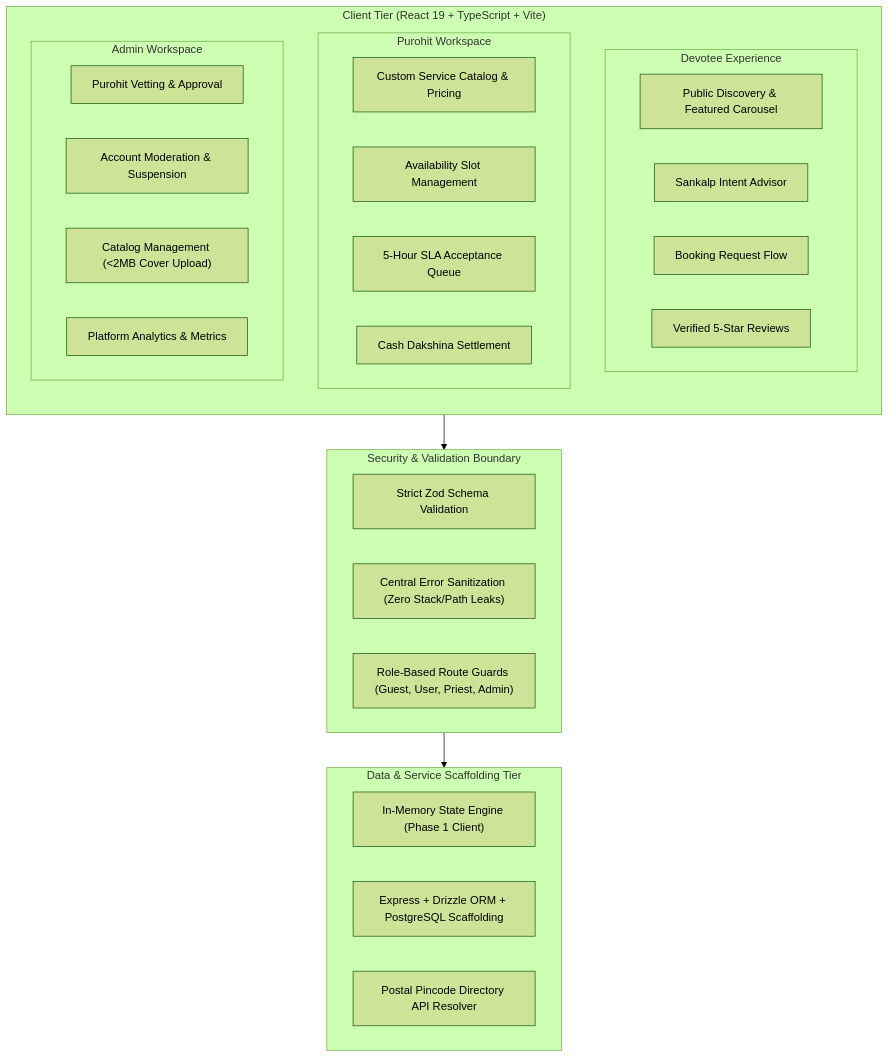
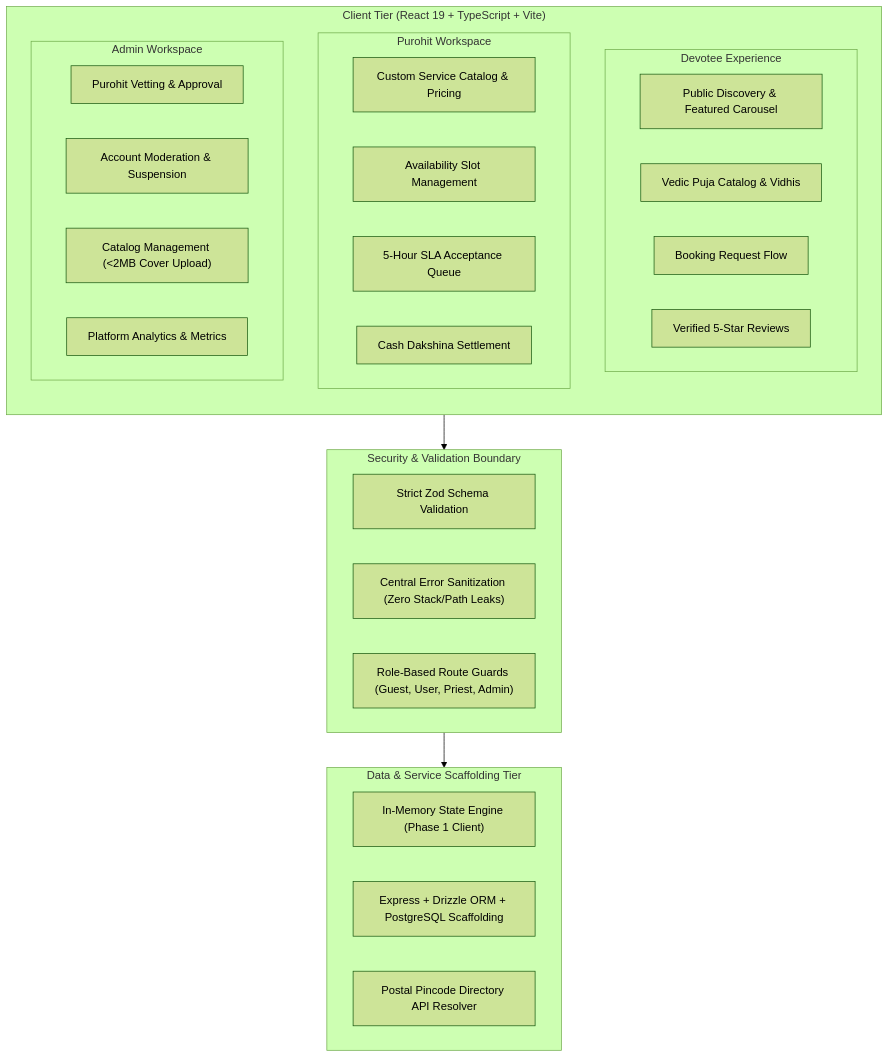
One commit to Swastika004/pujaCircle changed the first of 2 diagrams in README.md. Above: the diagram before and after it, drawn with Mermaid (forest theme). The commit also changed other lines of this file and 29 other files, not shown here.

Commit message:
refactor: remove advisor and ritual kit features and introduce catalog types

````diff
--- a/README.md
+++ b/README.md
@@ -25,39 +25,39 @@
 ```mermaid
 flowchart TB
     subgraph ClientTier["Client Tier (React 19 + TypeScript + Vite)"]
         direction TB
         subgraph DevoteeExperience["Devotee Experience"]
             D1["Public Discovery & Featured Carousel"]
-            D2["Sankalp Intent Advisor"]
+            D2["Vedic Puja Catalog & Vidhis"]
             D3["Booking Request Flow"]
             D4["Verified 5-Star Reviews"]
         end
         subgraph PriestWorkspace["Purohit Workspace"]
             P1["Custom Service Catalog & Pricing"]
             P2["Availability Slot Management"]
             P3["5-Hour SLA Acceptance Queue"]
             P4["Cash Dakshina Settlement"]
         end
         subgraph AdminConsole["Admin Workspace"]
             A1["Purohit Vetting & Approval"]
             A2["Account Moderation & Suspension"]
             A3["Catalog Management (<2MB Cover Upload)"]
             A4["Platform Analytics & Metrics"]
         end
     end
 
     subgraph SecurityTier["Security & Validation Boundary"]
         V1["Strict Zod Schema Validation"]
         V2["Central Error Sanitization (Zero Stack/Path Leaks)"]
         V3["Role-Based Route Guards (Guest, User, Priest, Admin)"]
     end
 
     subgraph DataTier["Data & Service Scaffolding Tier"]
         DB1["In-Memory State Engine (Phase 1 Client)"]
         DB2["Express + Drizzle ORM + PostgreSQL Scaffolding"]
         DB3["Postal Pincode Directory API Resolver"]
     end
 
     ClientTier --> SecurityTier
     SecurityTier --> DataTier
 ```
````
